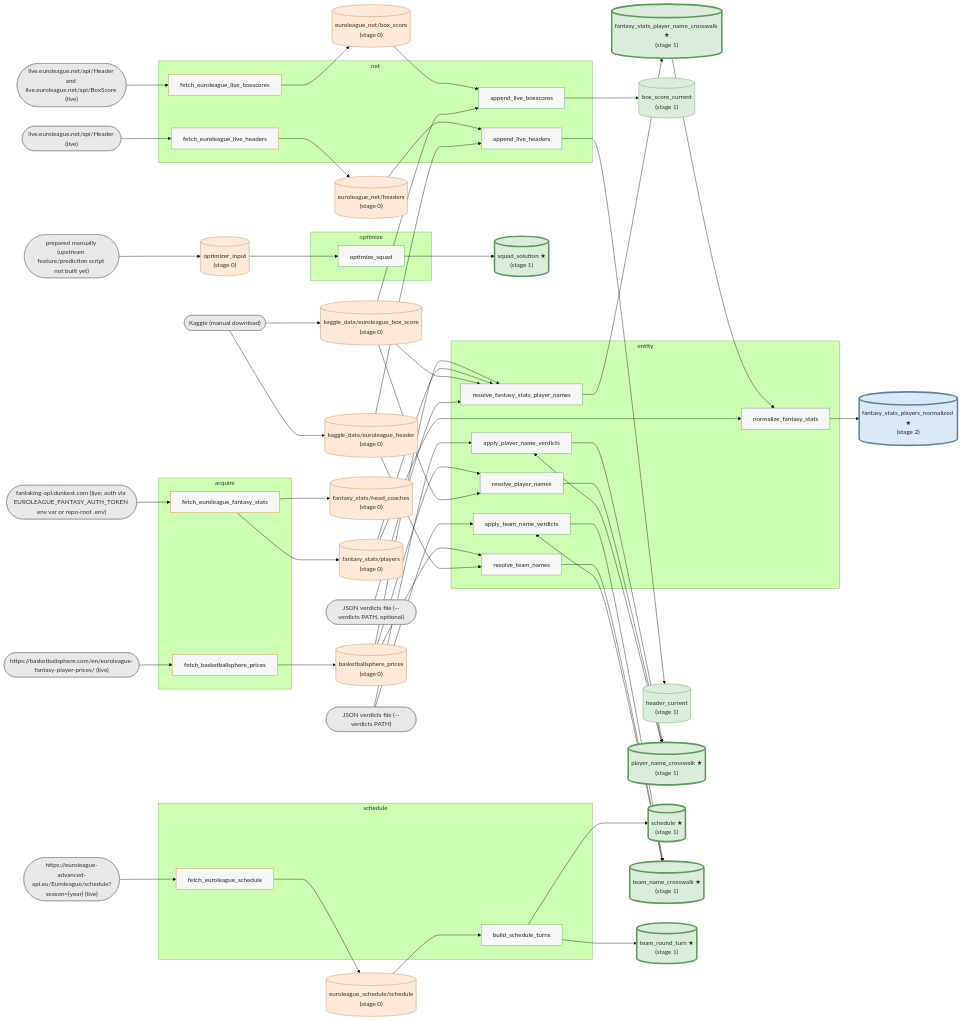
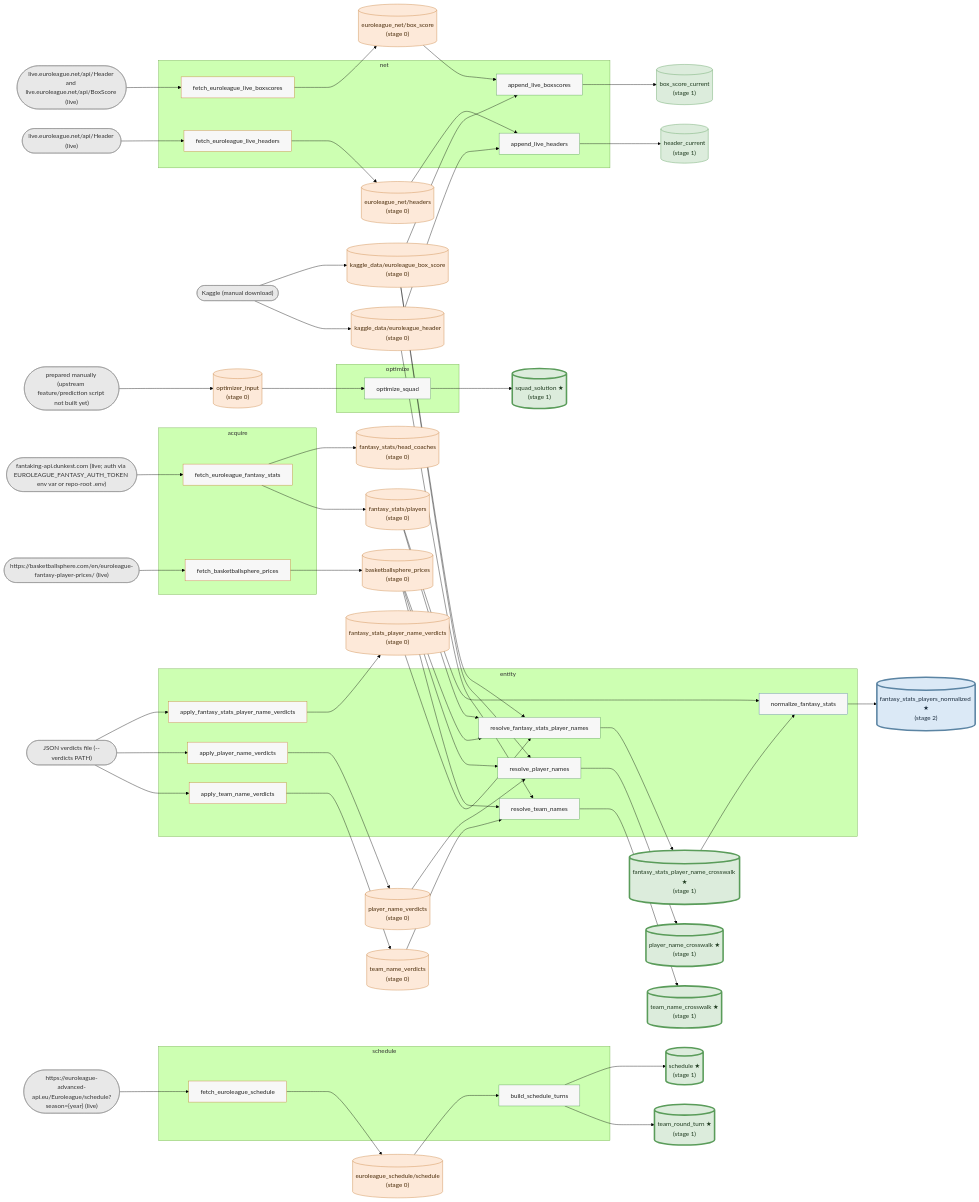
One commit to Takfes/indie-euroleague changed the diagram in docs/data-graph.md. Above: the diagram before and after it, drawn with Mermaid (forest theme). The commit also changed 34 other files, not shown here.

```diff
--- a/docs/data-graph.md
+++ b/docs/data-graph.md
@@ -8,7 +8,6 @@
 flowchart LR
     %% external sources
     x_JSON_verdicts_file____verdicts_PATH_(["JSON verdicts file (--verdicts PATH)"])
-    x_JSON_verdicts_file____verdicts_PATH__optional_(["JSON verdicts file (--verdicts PATH, optional)"])
     x_Kaggle__manual_download_(["Kaggle (manual download)"])
     x_fantaking_api_dunkest_com__live__auth_via_EUROLEAGUE_FANTASY_AUTH_TOKEN_env_var_or_repo_root__env_(["fantaking-api.dunkest.com (live; auth via EUROLEAGUE_FANTASY_AUTH_TOKEN env var or repo-root .env)"])
     x_https___basketballsphere_com_en_euroleague_fantasy_player_prices___live_(["https://basketballsphere.com/en/euroleague-fantasy-player-prices/ (live)"])
@@ -23,6 +22,7 @@
         s_fetch_euroleague_fantasy_stats["fetch_euroleague_fantasy_stats"]
     end
     subgraph p_entity["entity"]
+        s_apply_fantasy_stats_player_name_verdicts["apply_fantasy_stats_player_name_verdicts"]
         s_apply_player_name_verdicts["apply_player_name_verdicts"]
         s_apply_team_name_verdicts["apply_team_name_verdicts"]
         s_normalize_fantasy_stats["normalize_fantasy_stats"]
@@ -51,9 +51,12 @@
     d_euroleague_schedule_schedule[("euroleague_schedule/schedule<br/>(stage 0)")]
     d_fantasy_stats_head_coaches[("fantasy_stats/head_coaches<br/>(stage 0)")]
     d_fantasy_stats_players[("fantasy_stats/players<br/>(stage 0)")]
+    d_fantasy_stats_player_name_verdicts[("fantasy_stats_player_name_verdicts<br/>(stage 0)")]
     d_kaggle_data_euroleague_box_score[("kaggle_data/euroleague_box_score<br/>(stage 0)")]
     d_kaggle_data_euroleague_header[("kaggle_data/euroleague_header<br/>(stage 0)")]
     d_optimizer_input[("optimizer_input<br/>(stage 0)")]
+    d_player_name_verdicts[("player_name_verdicts<br/>(stage 0)")]
+    d_team_name_verdicts[("team_name_verdicts<br/>(stage 0)")]
     d_box_score_current[("box_score_current<br/>(stage 1)")]
     d_fantasy_stats_player_name_crosswalk[("fantasy_stats_player_name_crosswalk ★<br/>(stage 1)")]
     d_header_current[("header_current<br/>(stage 1)")]
@@ -72,6 +75,7 @@
     d_euroleague_net_headers --> s_append_live_headers
     d_euroleague_schedule_schedule --> s_build_schedule_turns
     d_fantasy_stats_player_name_crosswalk --> s_normalize_fantasy_stats
+    d_fantasy_stats_player_name_verdicts --> s_resolve_fantasy_stats_player_names
     d_fantasy_stats_players --> s_normalize_fantasy_stats
     d_fantasy_stats_players --> s_resolve_fantasy_stats_player_names
     d_kaggle_data_euroleague_box_score --> s_append_live_boxscores
@@ -80,12 +84,13 @@
     d_kaggle_data_euroleague_header --> s_append_live_headers
     d_kaggle_data_euroleague_header --> s_resolve_team_names
     d_optimizer_input --> s_optimize_squad
-    d_player_name_crosswalk --> s_apply_player_name_verdicts
-    d_team_name_crosswalk --> s_apply_team_name_verdicts
+    d_player_name_verdicts --> s_resolve_player_names
+    d_team_name_verdicts --> s_resolve_team_names
     s_append_live_boxscores --> d_box_score_current
     s_append_live_headers --> d_header_current
-    s_apply_player_name_verdicts --> d_player_name_crosswalk
-    s_apply_team_name_verdicts --> d_team_name_crosswalk
+    s_apply_fantasy_stats_player_name_verdicts --> d_fantasy_stats_player_name_verdicts
+    s_apply_player_name_verdicts --> d_player_name_verdicts
+    s_apply_team_name_verdicts --> d_team_name_verdicts
     s_build_schedule_turns --> d_schedule
     s_build_schedule_turns --> d_team_round_turn
     s_fetch_basketballsphere_prices --> d_basketballsphere_prices
@@ -99,9 +104,9 @@
     s_resolve_fantasy_stats_player_names --> d_fantasy_stats_player_name_crosswalk
     s_resolve_player_names --> d_player_name_crosswalk
     s_resolve_team_names --> d_team_name_crosswalk
+    x_JSON_verdicts_file____verdicts_PATH_ --> s_apply_fantasy_stats_player_name_verdicts
     x_JSON_verdicts_file____verdicts_PATH_ --> s_apply_player_name_verdicts
     x_JSON_verdicts_file____verdicts_PATH_ --> s_apply_team_name_verdicts
-    x_JSON_verdicts_file____verdicts_PATH__optional_ --> s_resolve_fantasy_stats_player_names
     x_Kaggle__manual_download_ --> d_kaggle_data_euroleague_box_score
     x_Kaggle__manual_download_ --> d_kaggle_data_euroleague_header
     x_fantaking_api_dunkest_com__live__auth_via_EUROLEAGUE_FANTASY_AUTH_TOKEN_env_var_or_repo_root__env_ --> s_fetch_euroleague_fantasy_stats
@@ -120,11 +125,11 @@
     classDef stage1 fill:#dcecdc,stroke:#5a9c5a,color:#1e3a1e
     classDef stage1_final fill:#dcecdc,stroke:#5a9c5a,color:#1e3a1e,stroke-width:4px
     classDef stage2_final fill:#dbe9f6,stroke:#5b84a3,color:#1a2b3c,stroke-width:4px
-    class s_fetch_basketballsphere_prices,s_fetch_euroleague_fantasy_stats,s_fetch_euroleague_live_boxscores,s_fetch_euroleague_live_headers,s_fetch_euroleague_schedule script_stage0
-    class s_append_live_boxscores,s_append_live_headers,s_apply_player_name_verdicts,s_apply_team_name_verdicts,s_build_schedule_turns,s_optimize_squad,s_resolve_fantasy_stats_player_names,s_resolve_player_names,s_resolve_team_names script_stage1
+    class s_apply_fantasy_stats_player_name_verdicts,s_apply_player_name_verdicts,s_apply_team_name_verdicts,s_fetch_basketballsphere_prices,s_fetch_euroleague_fantasy_stats,s_fetch_euroleague_live_boxscores,s_fetch_euroleague_live_headers,s_fetch_euroleague_schedule script_stage0
+    class s_append_live_boxscores,s_append_live_headers,s_build_schedule_turns,s_optimize_squad,s_resolve_fantasy_stats_player_names,s_resolve_player_names,s_resolve_team_names script_stage1
     class s_normalize_fantasy_stats script_stage2
-    class x_JSON_verdicts_file____verdicts_PATH_,x_JSON_verdicts_file____verdicts_PATH__optional_,x_Kaggle__manual_download_,x_fantaking_api_dunkest_com__live__auth_via_EUROLEAGUE_FANTASY_AUTH_TOKEN_env_var_or_repo_root__env_,x_https___basketballsphere_com_en_euroleague_fantasy_player_prices___live_,x_https___euroleague_advanced_api_eu_Euroleague_schedule_season__year___live_,x_live_euroleague_net_api_Header__live_,x_live_euroleague_net_api_Header_and_live_euroleague_net_api_BoxScore__live_,x_prepared_manually__upstream_feature_prediction_script_not_built_yet_ source
-    class d_basketballsphere_prices,d_euroleague_net_box_score,d_euroleague_net_headers,d_euroleague_schedule_schedule,d_fantasy_stats_head_coaches,d_fantasy_stats_players,d_kaggle_data_euroleague_box_score,d_kaggle_data_euroleague_header,d_optimizer_input stage0
+    class x_JSON_verdicts_file____verdicts_PATH_,x_Kaggle__manual_download_,x_fantaking_api_dunkest_com__live__auth_via_EUROLEAGUE_FANTASY_AUTH_TOKEN_env_var_or_repo_root__env_,x_https___basketballsphere_com_en_euroleague_fantasy_player_prices___live_,x_https___euroleague_advanced_api_eu_Euroleague_schedule_season__year___live_,x_live_euroleague_net_api_Header__live_,x_live_euroleague_net_api_Header_and_live_euroleague_net_api_BoxScore__live_,x_prepared_manually__upstream_feature_prediction_script_not_built_yet_ source
+    class d_basketballsphere_prices,d_euroleague_net_box_score,d_euroleague_net_headers,d_euroleague_schedule_schedule,d_fantasy_stats_head_coaches,d_fantasy_stats_player_name_verdicts,d_fantasy_stats_players,d_kaggle_data_euroleague_box_score,d_kaggle_data_euroleague_header,d_optimizer_input,d_player_name_verdicts,d_team_name_verdicts stage0
     class d_box_score_current,d_header_current stage1
     class d_fantasy_stats_player_name_crosswalk,d_player_name_crosswalk,d_schedule,d_squad_solution,d_team_name_crosswalk,d_team_round_turn stage1_final
     class d_fantasy_stats_players_normalized stage2_final
```
